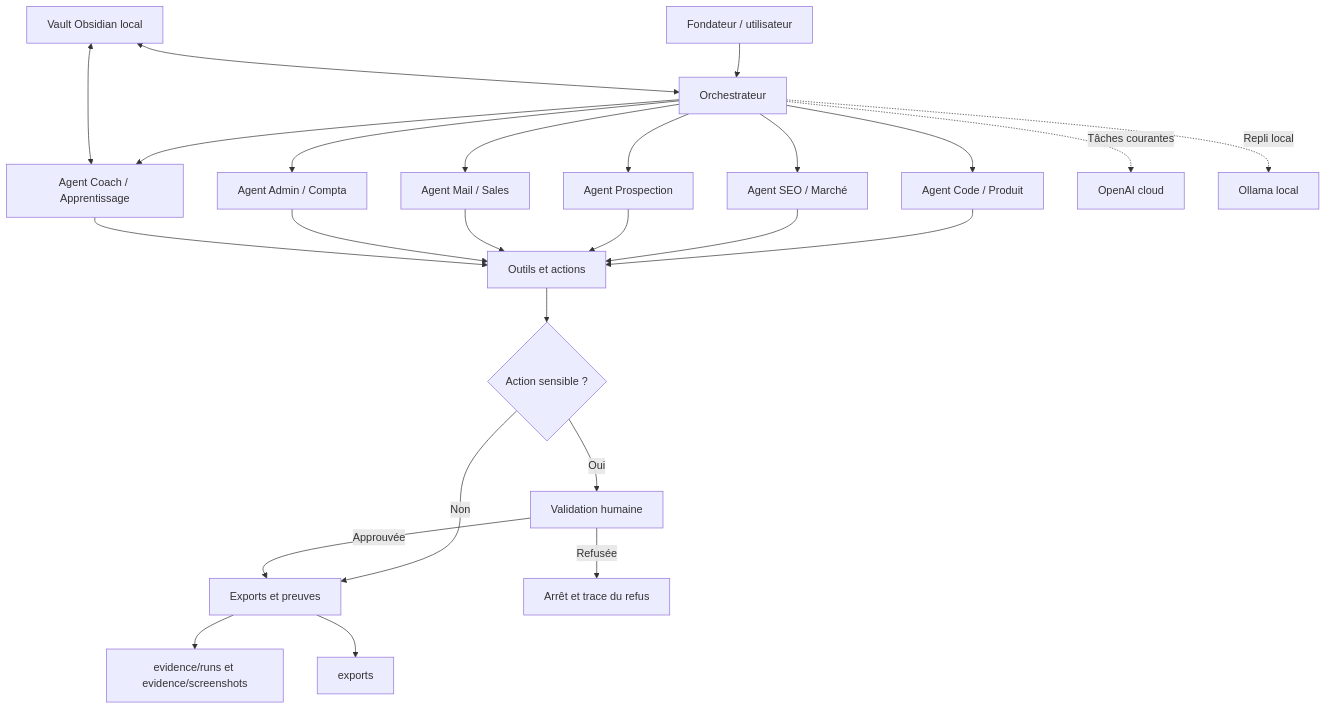
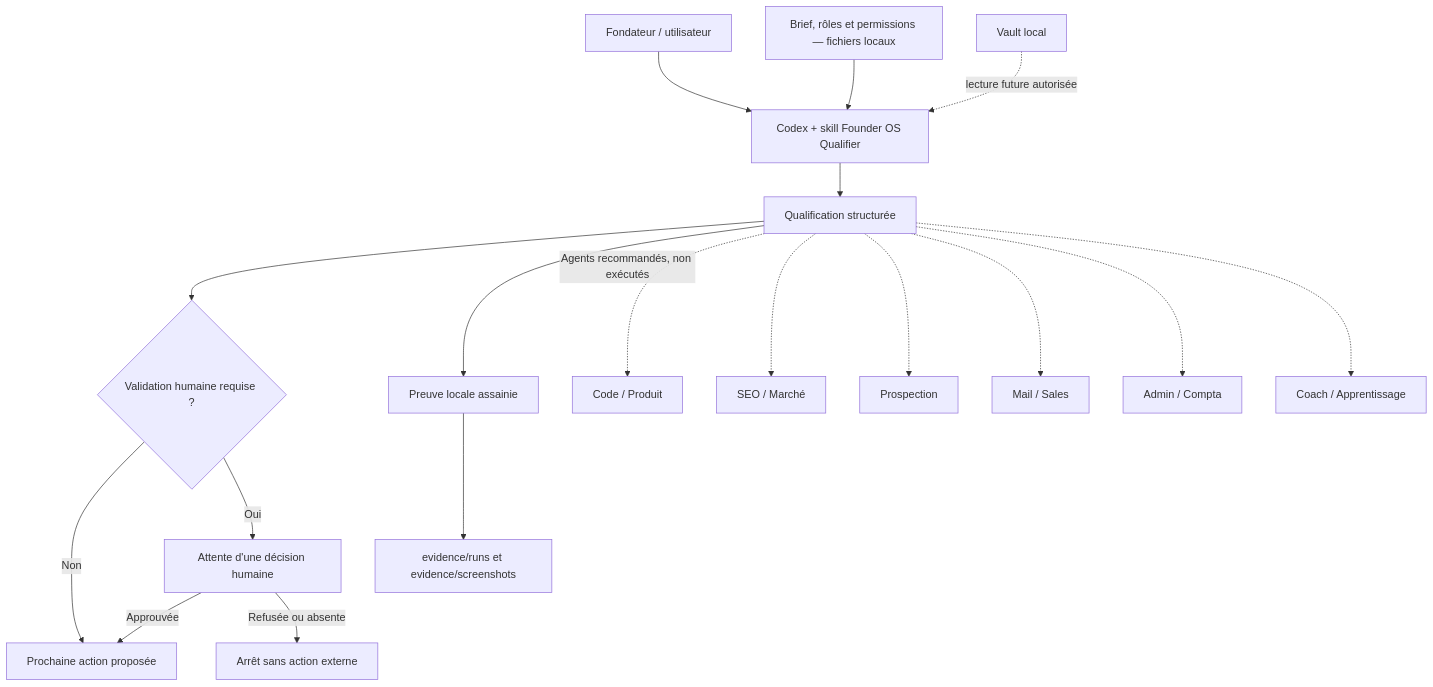
One commit to crousty24-bit/THP changed the diagram in ModulesAgentBuilder/founder-os-agent-builder/docs/architecture.md. Above: the diagram before and after it, drawn with Mermaid. The commit also changed other lines of this file and 8 other files, not shown here.

Commit message:
feat(founder-os): add Codex qualification agent

````diff
--- a/ModulesAgentBuilder/founder-os-agent-builder/docs/architecture.md
+++ b/ModulesAgentBuilder/founder-os-agent-builder/docs/architecture.md
@@ -5,31 +5,21 @@
 ```mermaid
 flowchart TD
-    U["Fondateur / utilisateur"] --> O["Orchestrateur"]
-    O --> CP["Agent Code / Produit"]
-    O --> SEO["Agent SEO / Marché"]
-    O --> P["Agent Prospection"]
-    O --> S["Agent Mail / Sales"]
-    O --> A["Agent Admin / Compta"]
-    O --> C["Agent Coach / Apprentissage"]
+    U["Fondateur / utilisateur"] --> C["Codex + skill Founder OS Qualifier"]
+    B["Brief, rôles et permissions — fichiers locaux"] --> C
+    C --> Q["Qualification structurée"]
+    Q --> G{"Validation humaine requise ?"}
+    G -- "Non" --> N["Prochaine action proposée"]
+    G -- "Oui" --> H["Attente d'une décision humaine"]
+    H -- "Approuvée" --> N
+    H -- "Refusée ou absente" --> X["Arrêt sans action externe"]
+    Q --> E["Preuve locale assainie"]
+    E --> R["evidence/runs et evidence/screenshots"]
+    V["Vault local"] -. "lecture future autorisée" .-> C
 
-    CP --> T["Outils et actions"]
-    SEO --> T
-    P --> T
-    S --> T
-    A --> T
-    C --> T
-
-    T --> G{"Action sensible ?"}
-    G -- "Non" --> E["Exports et preuves"]
-    G -- "Oui" --> H["Validation humaine"]
-    H -- "Approuvée" --> E
-    H -- "Refusée" --> X["Arrêt et trace du refus"]
-
-    V["Vault Obsidian local"] <--> O
-    V <--> C
-    E --> R["evidence/runs et evidence/screenshots"]
-    E --> EX["exports"]
-
-    O -. "Tâches courantes" .-> AI["OpenAI cloud"]
-    O -. "Repli local" .-> OL["Ollama local"]
+    Q -. "Agents recommandés, non exécutés" .-> CP["Code / Produit"]
+    Q -.-> SEO["SEO / Marché"]
+    Q -.-> P["Prospection"]
+    Q -.-> S["Mail / Sales"]
+    Q -.-> A["Admin / Compta"]
+    Q -.-> L["Coach / Apprentissage"]
 ```
````
